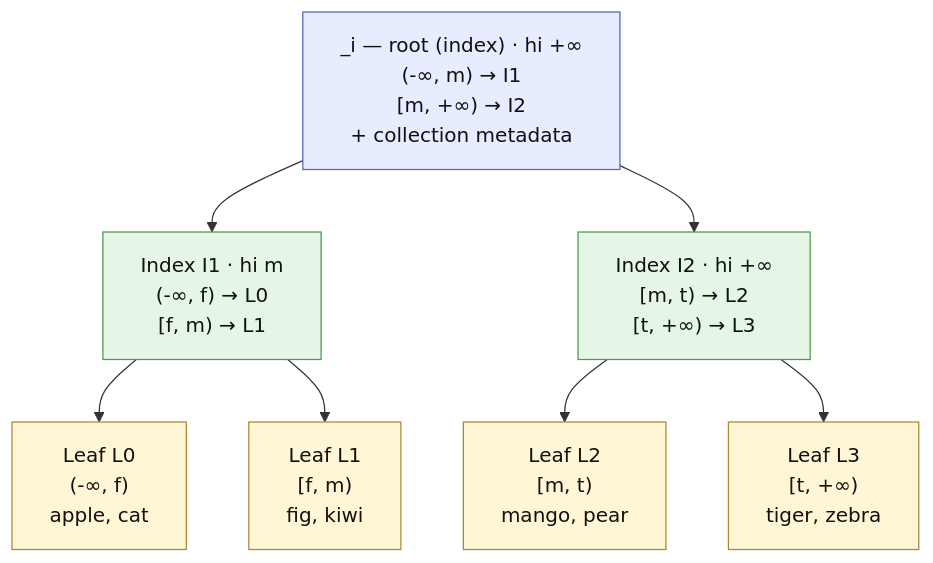
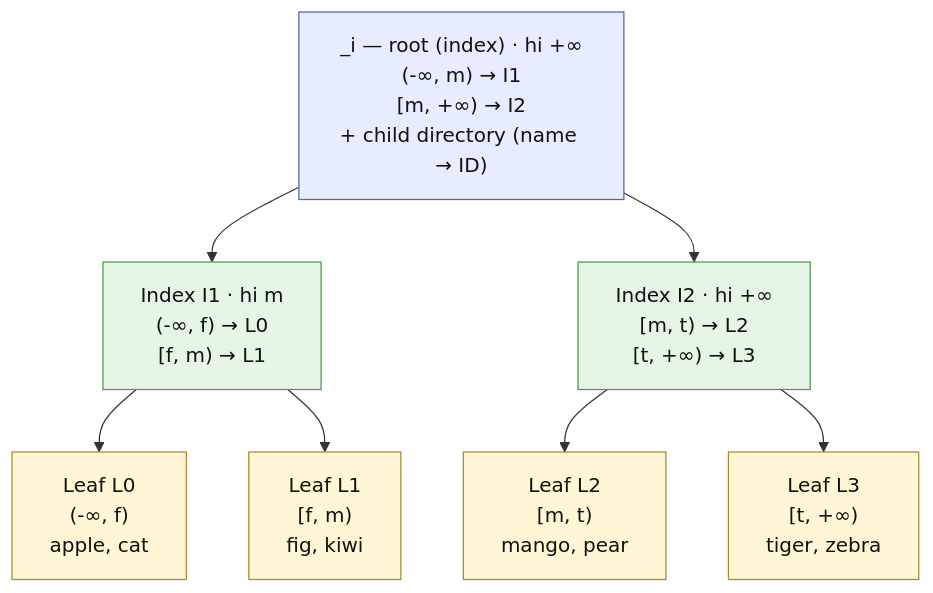
Before and after one commit to mbrt/glassdb-rs: the fourth of 5 diagrams in docs/designs/dynamic-range-sharding.md, drawn with Mermaid. The commit also changed other lines of this file and 6 other files, not shown here.

````diff
--- a/docs/designs/dynamic-range-sharding.md
+++ b/docs/designs/dynamic-range-sharding.md
@@ -162,19 +178,19 @@
 ```mermaid
 graph TD
-    Root["_i — root (index) · hi +∞<br/>(-∞, m) → I1<br/>[m, +∞) → I2<br/>+ collection metadata"]
+    Root["_i — root (index) · hi +∞<br/>(-∞, m) → I1<br/>[m, +∞) → I2<br/>+ child directory (name → ID)"]
 
     Root --> I1["Index I1 · hi m<br/>(-∞, f) → L0<br/>[f, m) → L1"]
     Root --> I2["Index I2 · hi +∞<br/>[m, t) → L2<br/>[t, +∞) → L3"]
 
     I1 --> L0["Leaf L0<br/>(-∞, f)<br/>apple, cat"]
     I1 --> L1["Leaf L1<br/>[f, m)<br/>fig, kiwi"]
     I2 --> L2["Leaf L2<br/>[m, t)<br/>mango, pear"]
     I2 --> L3["Leaf L3<br/>[t, +∞)<br/>tiger, zebra"]
 
     classDef root fill:#e8ecff,stroke:#5566aa,color:#111
     classDef index fill:#e6f6e6,stroke:#4c9a4c,color:#111
     classDef leaf fill:#fff6d5,stroke:#aa8833,color:#111
     class Root root
     class I1,I2 index
     class L0,L1,L2,L3 leaf
 ```
````
